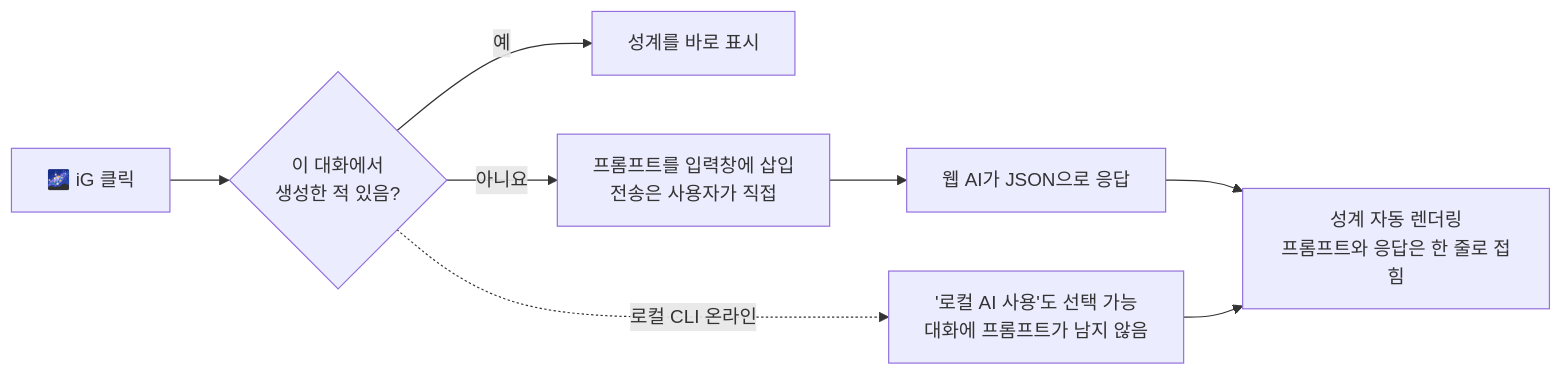
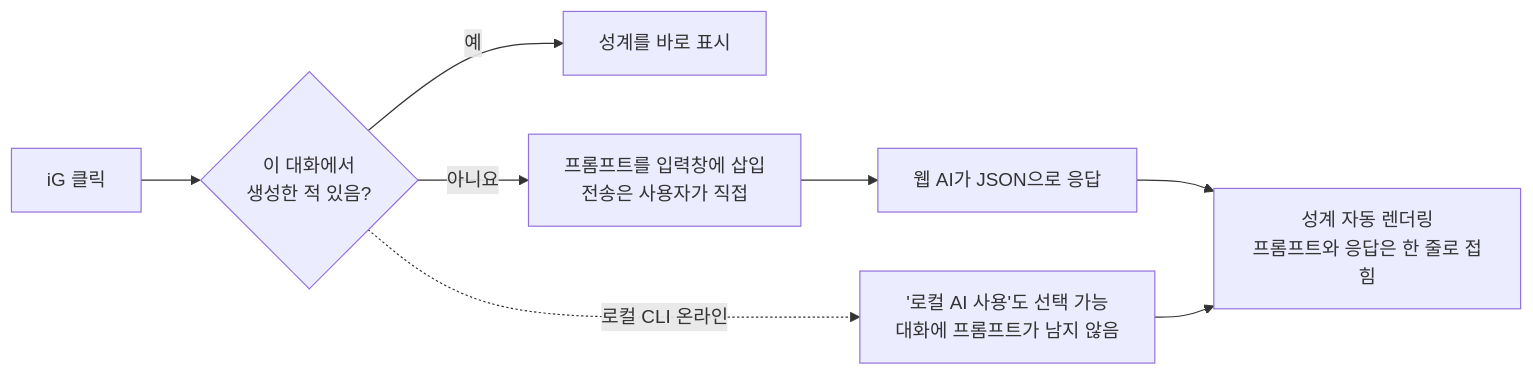
The fourth of 4 diagrams in README.ko.md (stephen-taipei/intent-galaxy), drawn with Mermaid before and after one commit. The commit also changed other lines of this file and 86 other files, not shown here.

````diff
--- a/README.ko.md
+++ b/README.ko.md
@@ -235,10 +235,10 @@
 ```mermaid
 flowchart LR
-    A["🌌 iG 클릭"] --> B{"이 대화에서<br/>생성한 적 있음?"}
+    A["iG 클릭"] --> B{"이 대화에서<br/>생성한 적 있음?"}
     B -- 예 --> C["성계를 바로 표시"]
     B -- 아니요 --> D["프롬프트를 입력창에 삽입<br/>전송은 사용자가 직접"]
     D --> E["웹 AI가 JSON으로 응답"]
     E --> F["성계 자동 렌더링<br/>프롬프트와 응답은 한 줄로 접힘"]
     B -. 로컬 CLI 온라인 .-> G["'로컬 AI 사용'도 선택 가능<br/>대화에 프롬프트가 남지 않음"]
     G --> F
 ```
````
